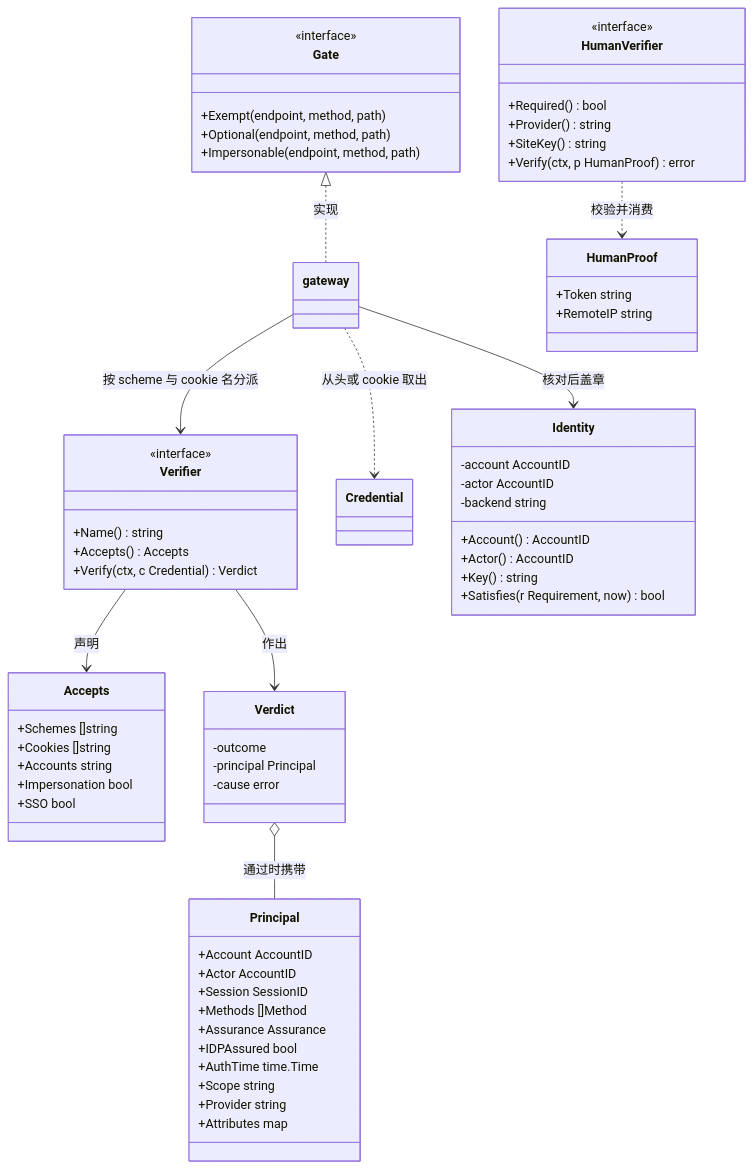
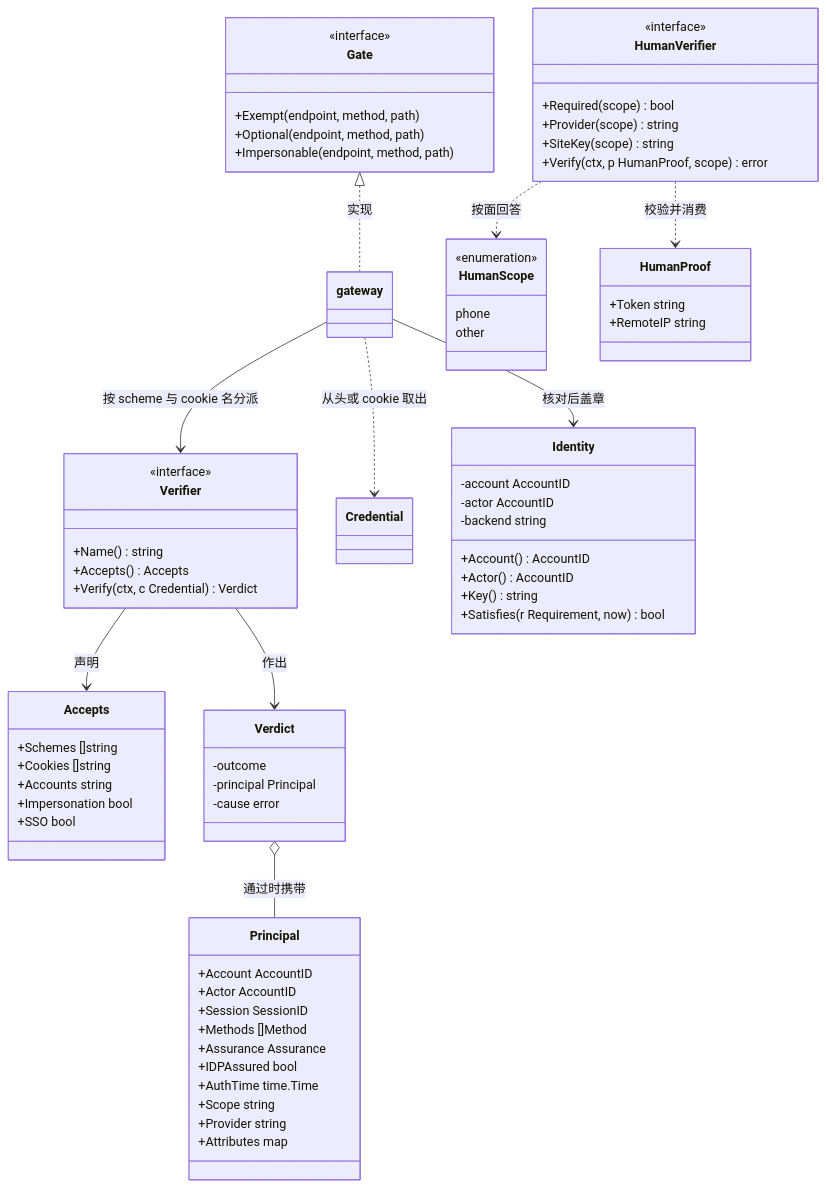
The first of 3 diagrams in docs/design/modules/authn/design-authn.md (wangzw/speed), drawn with Mermaid before and after one commit. The commit also changed other lines of this file and 14 other files, not shown here.

````diff
--- a/docs/design/modules/authn/design-authn.md
+++ b/docs/design/modules/authn/design-authn.md
@@ -364,69 +364,75 @@
 ```mermaid
 classDiagram
     class Gate {
         <<interface>>
         +Exempt(endpoint, method, path)
         +Optional(endpoint, method, path)
         +Impersonable(endpoint, method, path)
     }
     class Verifier {
         <<interface>>
         +Name() string
         +Accepts() Accepts
         +Verify(ctx, c Credential) Verdict
     }
     class Accepts {
         +Schemes []string
         +Cookies []string
         +Accounts string
         +Impersonation bool
         +SSO bool
     }
     class Credential
     class Verdict {
         -outcome
         -principal Principal
         -cause error
     }
     class Principal {
         +Account AccountID
         +Actor AccountID
         +Session SessionID
         +Methods []Method
         +Assurance Assurance
         +IDPAssured bool
         +AuthTime time.Time
         +Scope string
         +Provider string
         +Attributes map
     }
     class Identity {
         -account AccountID
         -actor AccountID
         -backend string
         +Account() AccountID
         +Actor() AccountID
         +Key() string
         +Satisfies(r Requirement, now) bool
     }
     class gateway
     class HumanVerifier {
         <<interface>>
-        +Required() bool
-        +Provider() string
-        +SiteKey() string
-        +Verify(ctx, p HumanProof) error
+        +Required(scope) bool
+        +Provider(scope) string
+        +SiteKey(scope) string
+        +Verify(ctx, p HumanProof, scope) error
+    }
+    class HumanScope {
+        <<enumeration>>
+        phone
+        other
     }
     class HumanProof {
         +Token string
         +RemoteIP string
     }
+    HumanVerifier ..> HumanScope : 按面回答
     Gate <|.. gateway : 实现
     Verifier --> Accepts : 声明
     Verifier --> Verdict : 作出
     Verdict o-- Principal : 通过时携带
     gateway --> Verifier : 按 scheme 与 cookie 名分派
     gateway ..> Credential : 从头或 cookie 取出
     gateway --> Identity : 核对后盖章
     HumanVerifier ..> HumanProof : 校验并消费
 ```
````
